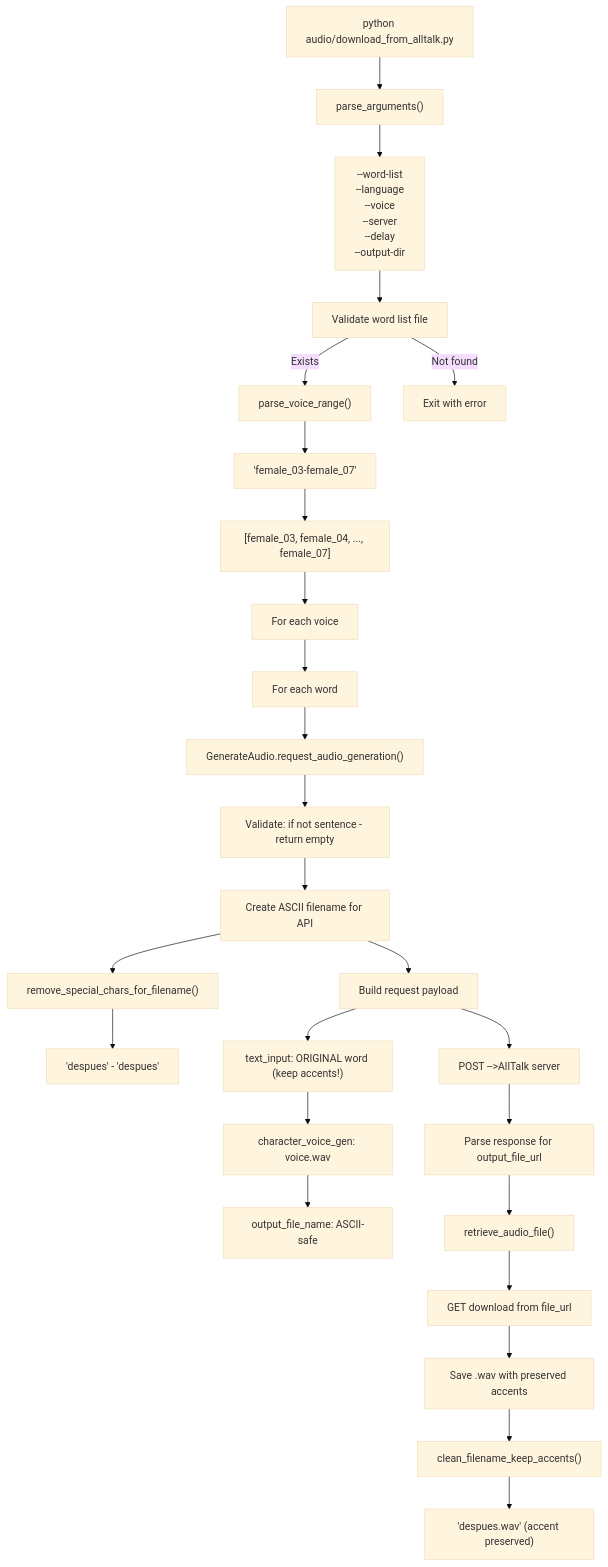
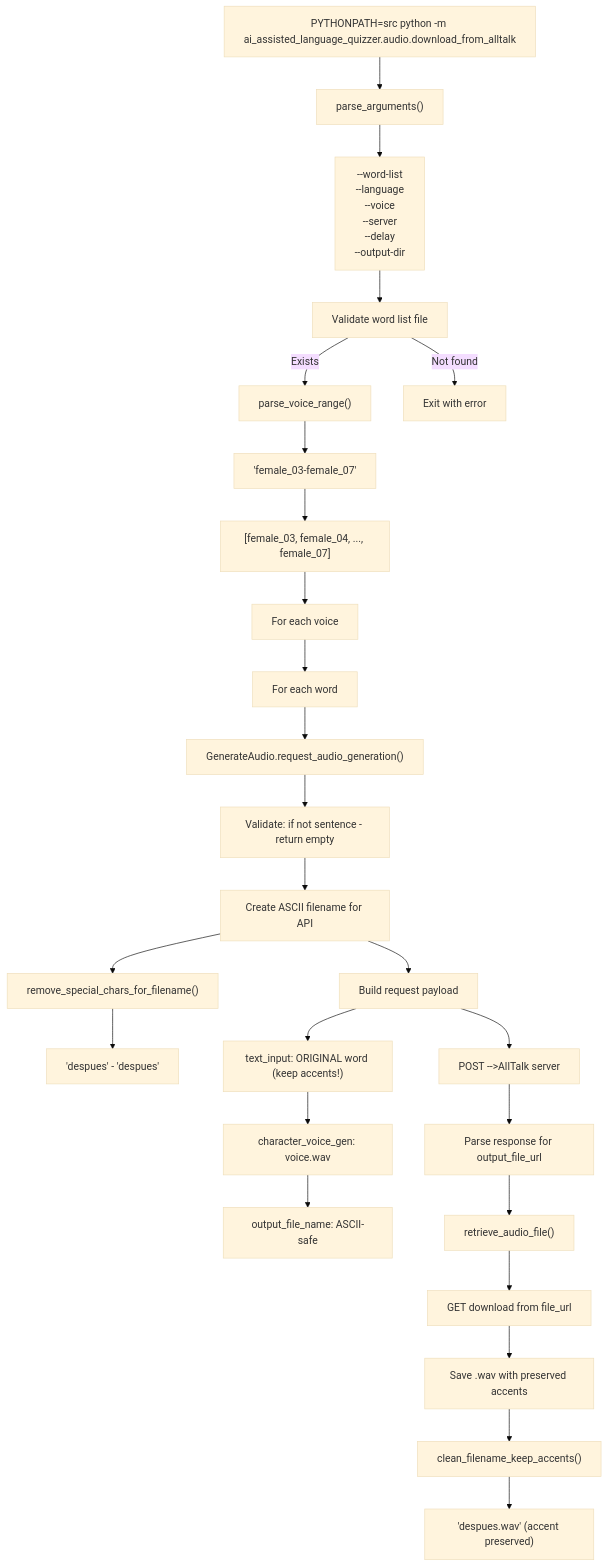
One commit to stratus-ss/ai_assisted_language_quizzer changed diagram 11 of 17 in CODEFLOW.md. Above: the diagram before and after it, drawn with Mermaid (base theme). The commit also changed other lines of this file and 1 other file, not shown here.

````diff
--- a/CODEFLOW.md
+++ b/CODEFLOW.md
@@ -427,37 +333,37 @@
 ```mermaid
 flowchart TD
-    A["python audio/download_from_alltalk.py"] --> B["parse_arguments()"]
+    A["PYTHONPATH=src python -m ai_assisted_language_quizzer.audio.download_from_alltalk"] --> B["parse_arguments()"]
     
     B --> B1["--word-list<br/>--language<br/>--voice<br/>--server<br/>--delay<br/>--output-dir"]
     
     B1 --> C["Validate word list file"]
     C -->|Exists| D["parse_voice_range()"]
     C -->|Not found| E["Exit with error"]
     
     D --> D1["'female_03-female_07'"]
     D1 --> D2["[female_03, female_04, ..., female_07]"]
     
     D2 --> F["For each voice"]
     F --> G["For each word"]
     
     G --> H["GenerateAudio.request_audio_generation()"]
     H --> H1["Validate: if not sentence - return empty"]
     
     H1 --> H2["Create ASCII filename for API"]
     H2 --> H2a["remove_special_chars_for_filename()"]
     H2a --> H2b["'despues' - 'despues'"]
     
     H2 --> H3["Build request payload"]
     H3 --> H3a["text_input: ORIGINAL word (keep accents!)"]
     H3a --> H3b["character_voice_gen: voice.wav"]
     H3b --> H3c["output_file_name: ASCII-safe"]
     
     H3 --> H4["POST -->AllTalk server"]
     H4 --> H5["Parse response for output_file_url"]
     
     H5 --> I["retrieve_audio_file()"]
     I --> I1["GET download from file_url"]
     I1 --> I2["Save .wav with preserved accents"]
     I2 --> I2a["clean_filename_keep_accents()"]
     I2a --> I2b["'despues.wav' (accent preserved)"]
 ```
````
